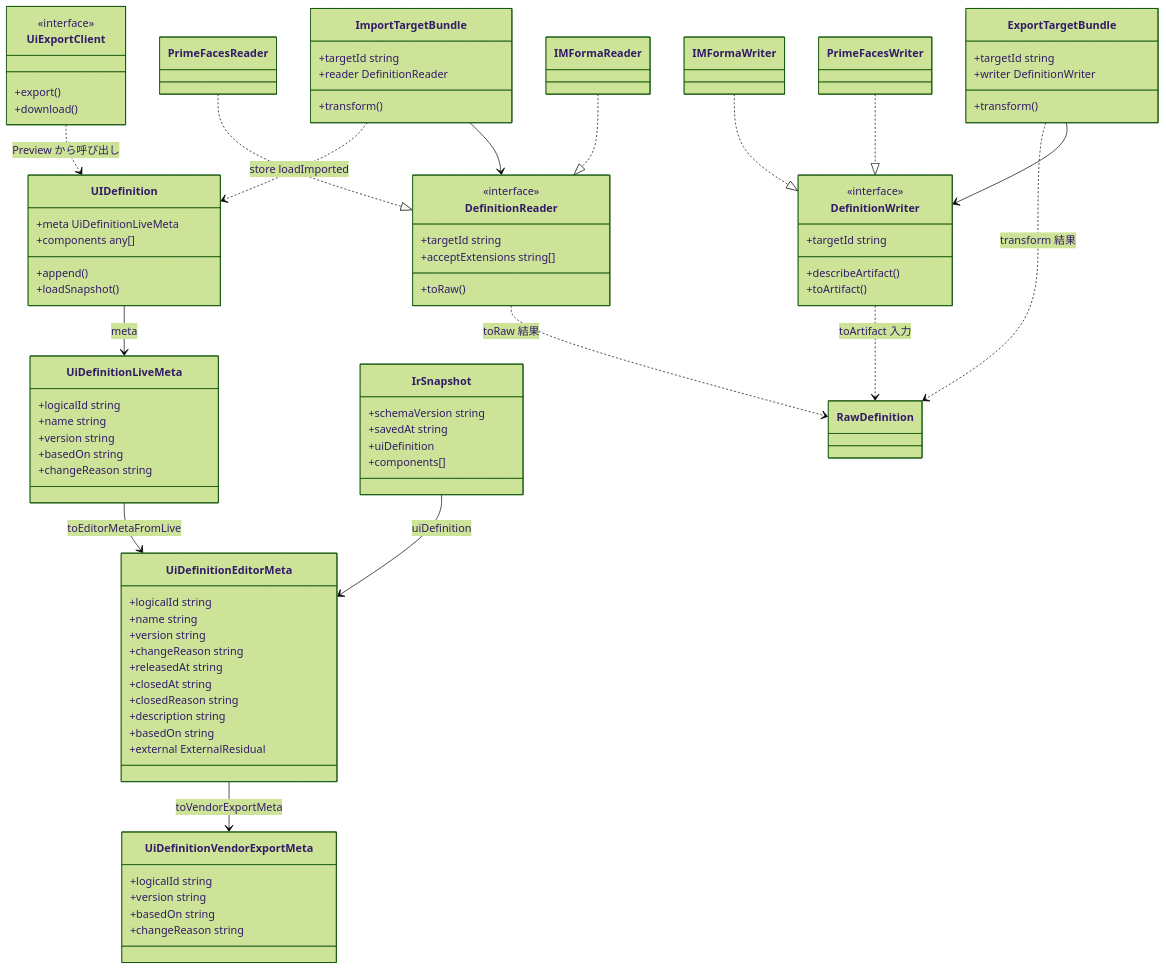
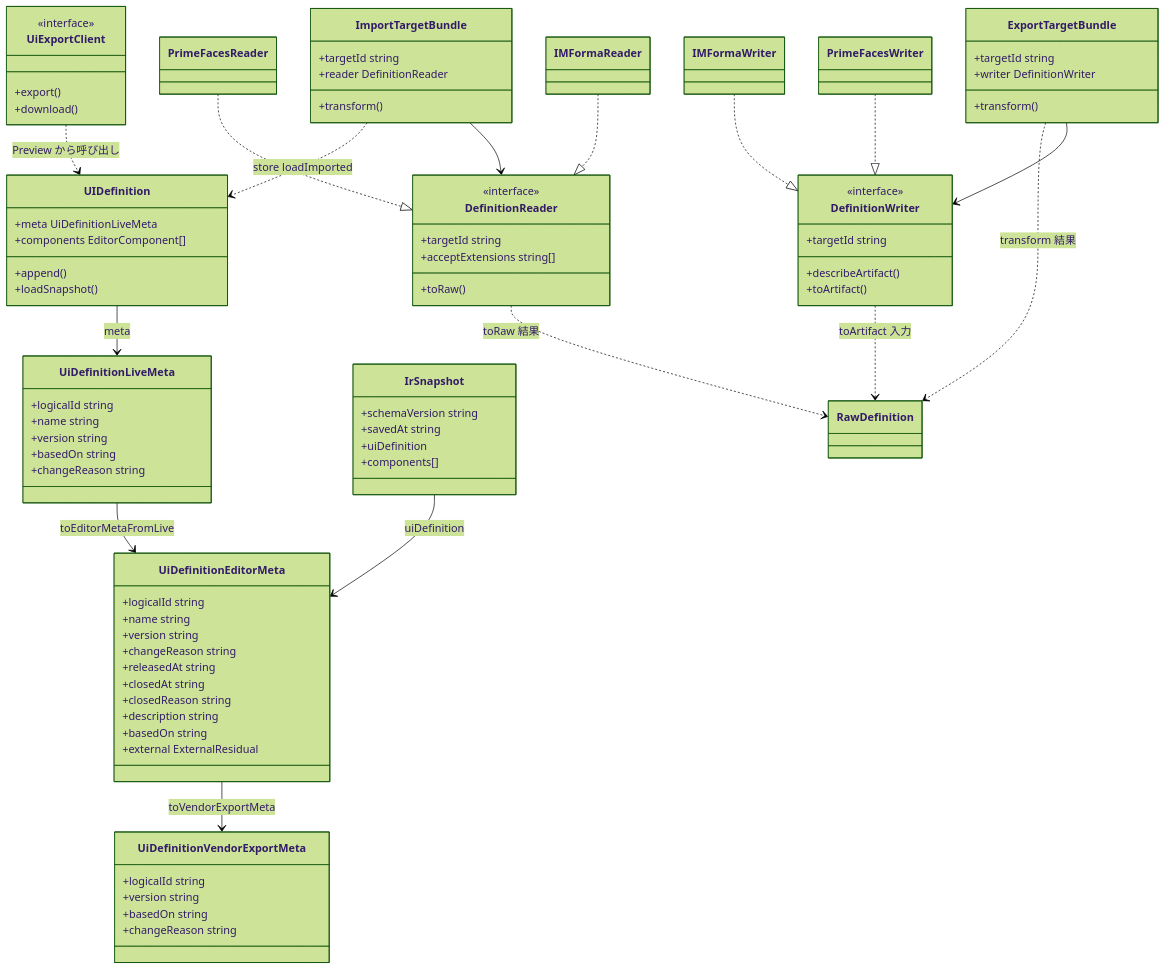
One commit to tatsuEX/lightweight-ir-modeler changed the diagram in docs/architecture/overview.md. Above: the diagram before and after it, drawn with Mermaid (forest theme). The commit also changed other lines of this file and 4 other files, not shown here.

```diff
--- a/docs/architecture/overview.md
+++ b/docs/architecture/overview.md
@@ -116,7 +116,7 @@
 
   class UIDefinition {
     +meta UiDefinitionLiveMeta
-    +components any[]
+    +components EditorComponent[]
     +append()
     +loadSnapshot()
   }
```
